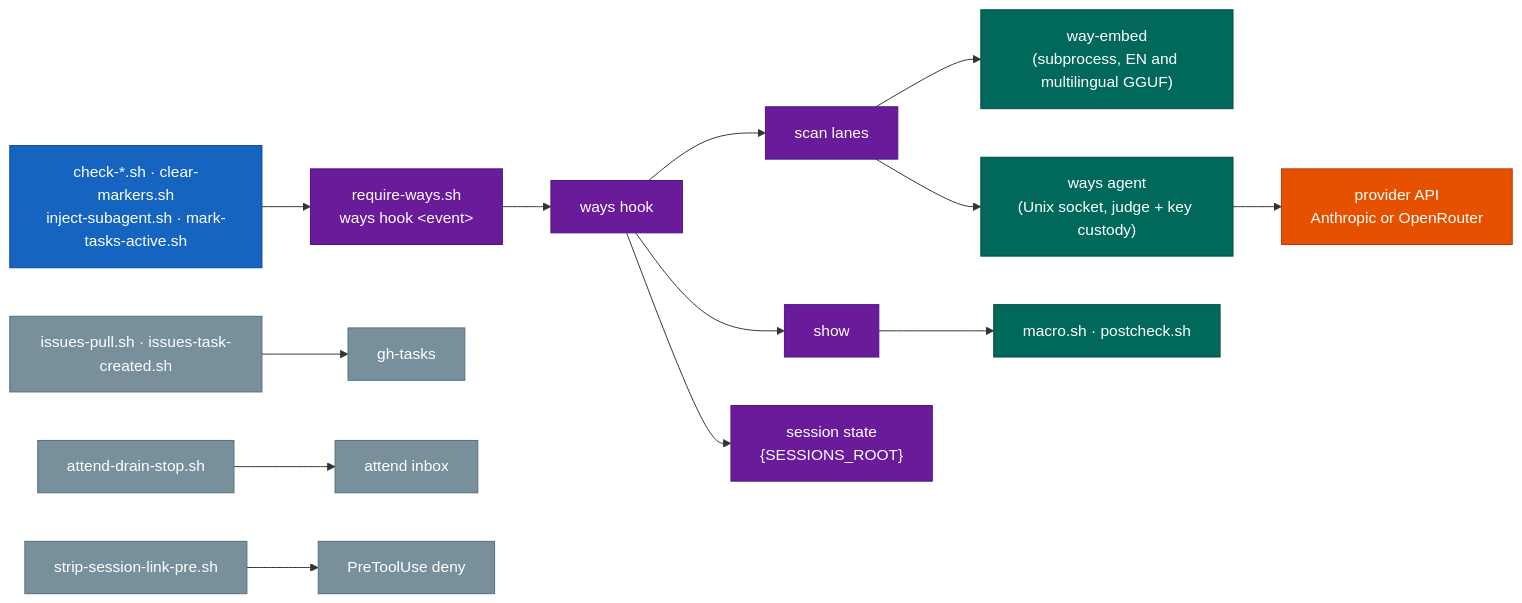
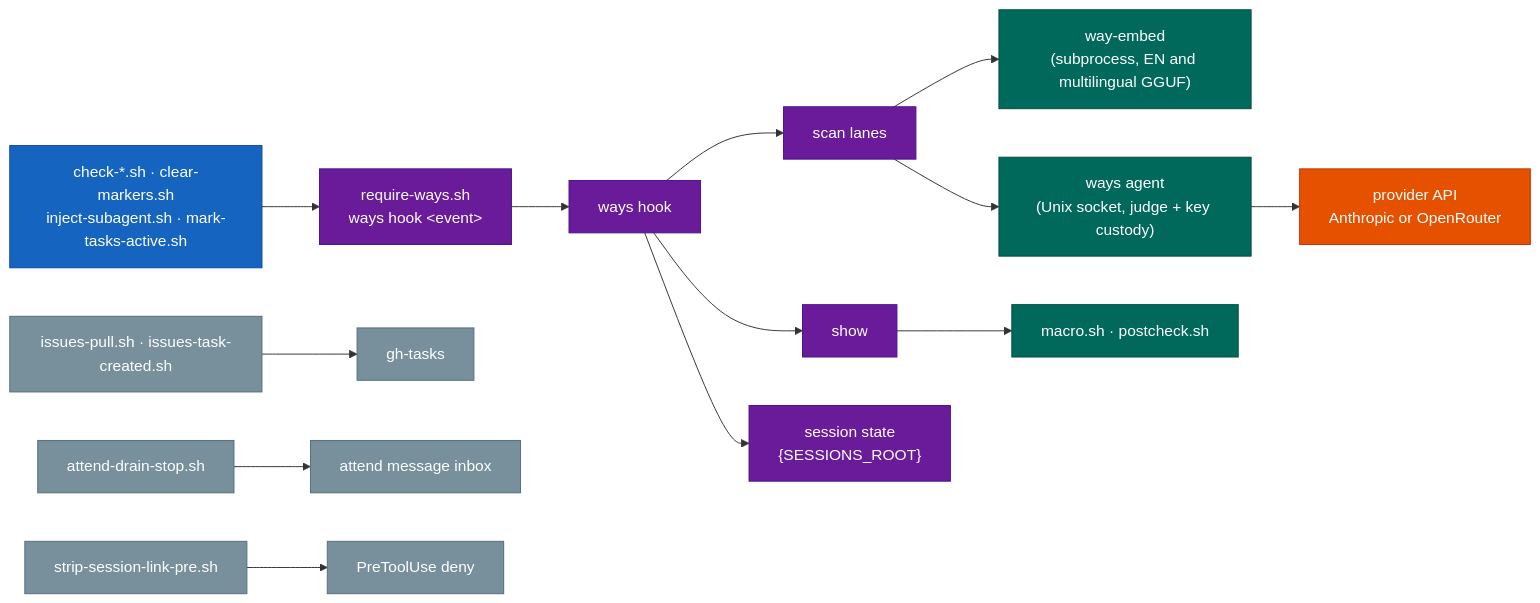
Diagram 11 of 13 in docs/architecture.md (aaronsb/agent-ways), drawn with Mermaid before and after one commit. The commit also changed other lines of this file and 111 other files, not shown here.

````diff
--- a/docs/architecture.md
+++ b/docs/architecture.md
@@ -518,25 +518,25 @@
 ```mermaid
 flowchart LR
     classDef trigger fill:#1565C0,stroke:#0D47A1,color:#fff
     classDef shared fill:#6A1B9A,stroke:#4A148C,color:#fff
     classDef util fill:#00695C,stroke:#004D40,color:#fff
     classDef ext fill:#E65100,stroke:#BF360C,color:#fff
     classDef other fill:#78909C,stroke:#546E7A,color:#fff
 
     AD["check-*.sh · clear-markers.sh<br/>inject-subagent.sh · mark-tasks-active.sh"]:::trigger
     RW["require-ways.sh<br/>ways hook &lt;event&gt;"]:::shared
     AD --> RW
     RW --> HOOK["ways hook"]:::shared
 
     HOOK --> SCAN["scan lanes"]:::shared
     HOOK --> SHOW["show"]:::shared
     HOOK --> SESS["session state<br/>{SESSIONS_ROOT}"]:::shared
     SCAN --> EMB["way-embed<br/>(subprocess, EN and multilingual GGUF)"]:::util
     SCAN --> AGENT["ways agent<br/>(Unix socket, judge + key custody)"]:::util
     AGENT --> API["provider API<br/>Anthropic or OpenRouter"]:::ext
     SHOW --> MAC["macro.sh · postcheck.sh"]:::util
 
     IP["issues-pull.sh · issues-task-created.sh"]:::other --> GT["gh-tasks"]:::other
-    AS["attend-drain-stop.sh"]:::other --> AT["attend inbox"]:::other
+    AS["attend-drain-stop.sh"]:::other --> AT["attend message inbox"]:::other
     SL["strip-session-link-pre.sh"]:::other --> DENY["PreToolUse deny"]:::other
 ```
````
